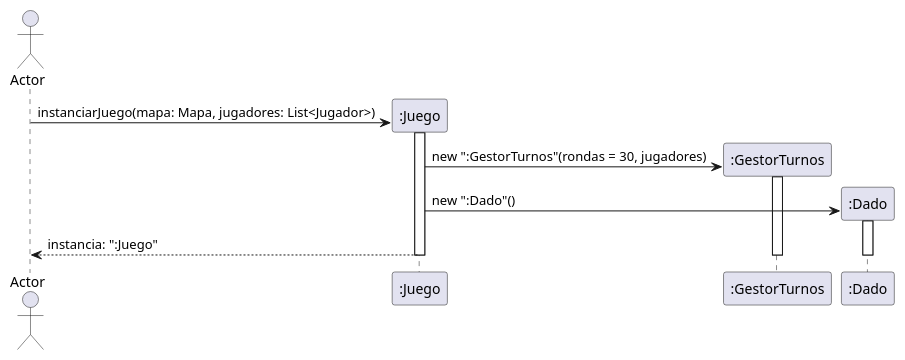
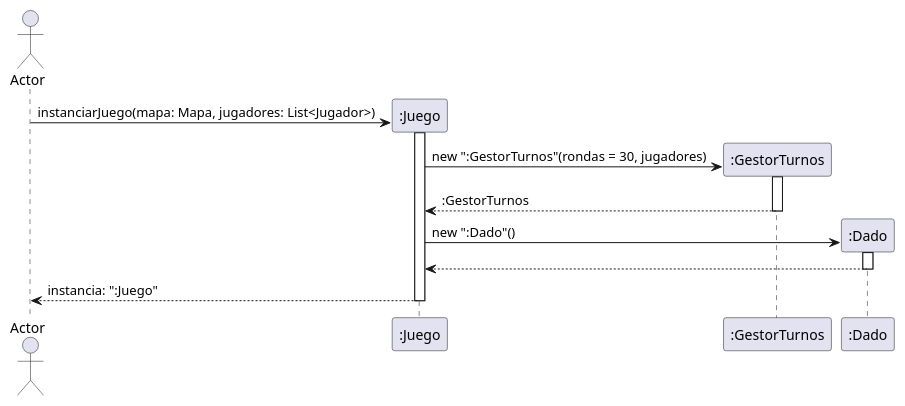
The diagram in diagrams/sequences/InstanciamientoJuego.puml (mcumskov/Algo3_tp2), drawn with PlantUML before and after one commit. The commit also changed 6 other files, not shown here.

```diff
--- a/diagrams/sequences/InstanciamientoJuego.puml
+++ b/diagrams/sequences/InstanciamientoJuego.puml
@@ -1,18 +1,24 @@
 @startuml
 
 actor Actor
 participant ":Juego"
 participant ":GestorTurnos"
 participant ":Dado"
 Actor -> ":Juego" ** : instanciarJuego(mapa: Mapa, jugadores: List<Jugador>)
 activate ":Juego"
 ":Juego" -> ":GestorTurnos"**: new ":GestorTurnos"(rondas = 30, jugadores)
+
 activate ":GestorTurnos"
+":GestorTurnos" --> ":Juego": :GestorTurnos
+deactivate ":GestorTurnos"
+
+
 ":Juego" -> ":Dado"**: new ":Dado"()
 activate ":Dado"
+":Dado" --> ":Juego":
+deactivate ":Dado"
 ":Juego" --> Actor: instancia: ":Juego"
-deactivate ":Dado"
-deactivate ":GestorTurnos"
+
 deactivate ":Juego"
 
 @enduml
```
